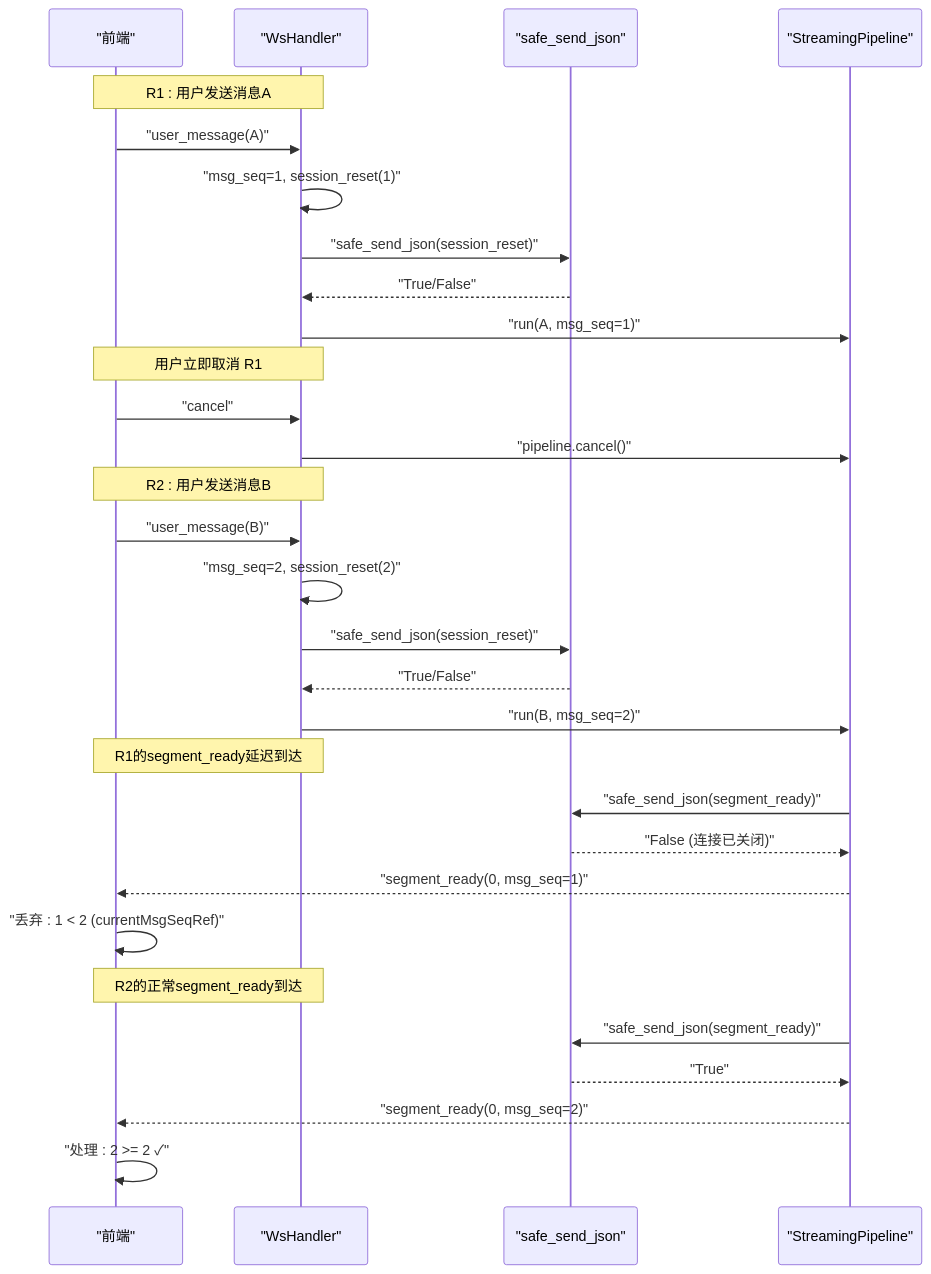
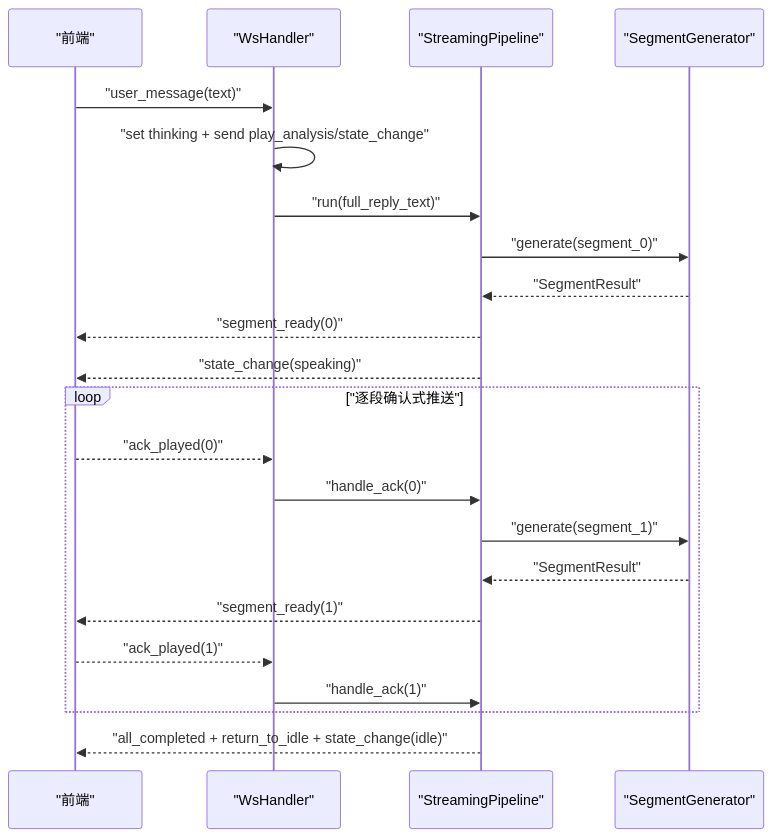
Before and after one commit to leo21cn/real-time-talk: the fifth of 7 diagrams in .qoder/repowiki/zh/content/后端服务/WebSocket 通信协议.md, drawn with Mermaid. The commit also changed other lines of this file and 21 other files, not shown here.

````diff
--- a/.qoder/repowiki/zh/content/后端服务/WebSocket 通信协议.md
+++ b/.qoder/repowiki/zh/content/后端服务/WebSocket 通信协议.md
@@ -396,32 +289,24 @@
 ```mermaid
 sequenceDiagram
 participant FE as "前端"
 participant H as "WsHandler"
-participant S as "safe_send_json"
 participant P as "StreamingPipeline"
-Note over FE,H : R1 : 用户发送消息A
-FE->>H : "user_message(A)"
-H->>H : "msg_seq=1, session_reset(1)"
-H->>S : "safe_send_json(session_reset)"
-S-->>H : "True/False"
-H->>P : "run(A, msg_seq=1)"
-Note over FE,H : 用户立即取消 R1
-FE->>H : "cancel"
-H->>P : "pipeline.cancel()"
-Note over FE,H : R2 : 用户发送消息B
-FE->>H : "user_message(B)"
-H->>H : "msg_seq=2, session_reset(2)"
-H->>S : "safe_send_json(session_reset)"
-S-->>H : "True/False"
-H->>P : "run(B, msg_seq=2)"
-Note over FE,H : R1的segment_ready延迟到达
-P->>S : "safe_send_json(segment_ready)"
-S-->>P : "False (连接已关闭)"
-P-->>FE : "segment_ready(0, msg_seq=1)"
-FE->>FE : "丢弃 : 1 < 2 (currentMsgSeqRef)"
-Note over FE,H : R2的正常segment_ready到达
-P->>S : "safe_send_json(segment_ready)"
-S-->>P : "True"
-P-->>FE : "segment_ready(0, msg_seq=2)"
-FE->>FE : "处理 : 2 >= 2 ✓"
+participant G as "SegmentGenerator"
+FE->>H : "user_message(text)"
+H->>H : "set thinking + send play_analysis/state_change"
+H->>P : "run(full_reply_text)"
+P->>G : "generate(segment_0)"
+G-->>P : "SegmentResult"
+P-->>FE : "segment_ready(0)"
+P-->>FE : "state_change(speaking)"
+loop "逐段确认式推送"
+FE-->>H : "ack_played(0)"
+H->>P : "handle_ack(0)"
+P->>G : "generate(segment_1)"
+G-->>P : "SegmentResult"
+P-->>FE : "segment_ready(1)"
+FE-->>H : "ack_played(1)"
+H->>P : "handle_ack(1)"
+end
+P-->>FE : "all_completed + return_to_idle + state_change(idle)"
 ```
````
